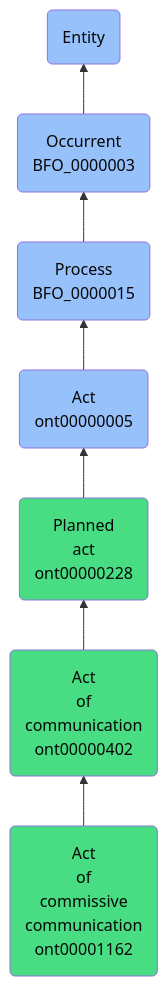
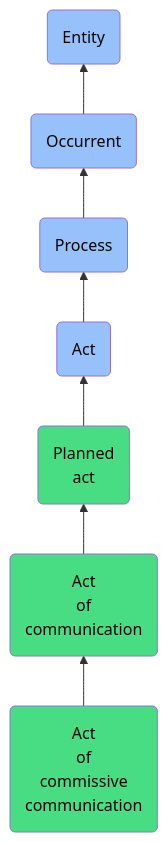
The diagram in docs/ontology/reference/model/Entity/Occurrent/Process/Act/Planned act/Act of communication/Act of commissive communication/Act of commissive communication.md (jupyter-naas/abi), drawn with Mermaid before and after one commit. The commit also changed other lines of this file and 1430 other files, not shown here.

````diff
--- a/docs/ontology/reference/model/Entity/Occurrent/Process/Act/Planned act/Act of communication/Act of commissive communication/Act of commissive communication.md
+++ b/docs/ontology/reference/model/Entity/Occurrent/Process/Act/Planned act/Act of communication/Act of commissive communication/Act of commissive communication.md
@@ -24,14 +24,14 @@
 ```mermaid
 graph BT
-    ont00001162(Act<br>of<br>commissive<br>communication<br>ont00001162):::ABI-->ont00000402
-    ont00000402(Act<br>of<br>communication<br>ont00000402):::ABI-->ont00000228
-    ont00000228(Planned<br>act<br>ont00000228):::ABI-->ont00000005
-    ont00000005(Act<br>ont00000005):::BFO-->BFO_0000015
-    BFO_0000015(Process<br>BFO_0000015):::BFO-->BFO_0000003
-    BFO_0000003(Occurrent<br>BFO_0000003):::BFO-->BFO_0000001
+    ont00001162(Act<br>of<br>commissive<br>communication):::ABI-->ont00000402
+    ont00000402(Act<br>of<br>communication):::ABI-->ont00000228
+    ont00000228(Planned<br>act):::ABI-->ont00000005
+    ont00000005(Act):::BFO-->BFO_0000015
+    BFO_0000015(Process):::BFO-->BFO_0000003
+    BFO_0000003(Occurrent):::BFO-->BFO_0000001
     BFO_0000001(Entity):::BFO
     
     classDef BFO fill:#97c1fb,color:#060606
     classDef CCO fill:#e4c51e,color:#060606
     classDef ABI fill:#48DD82,color:#060606
 ```
````
